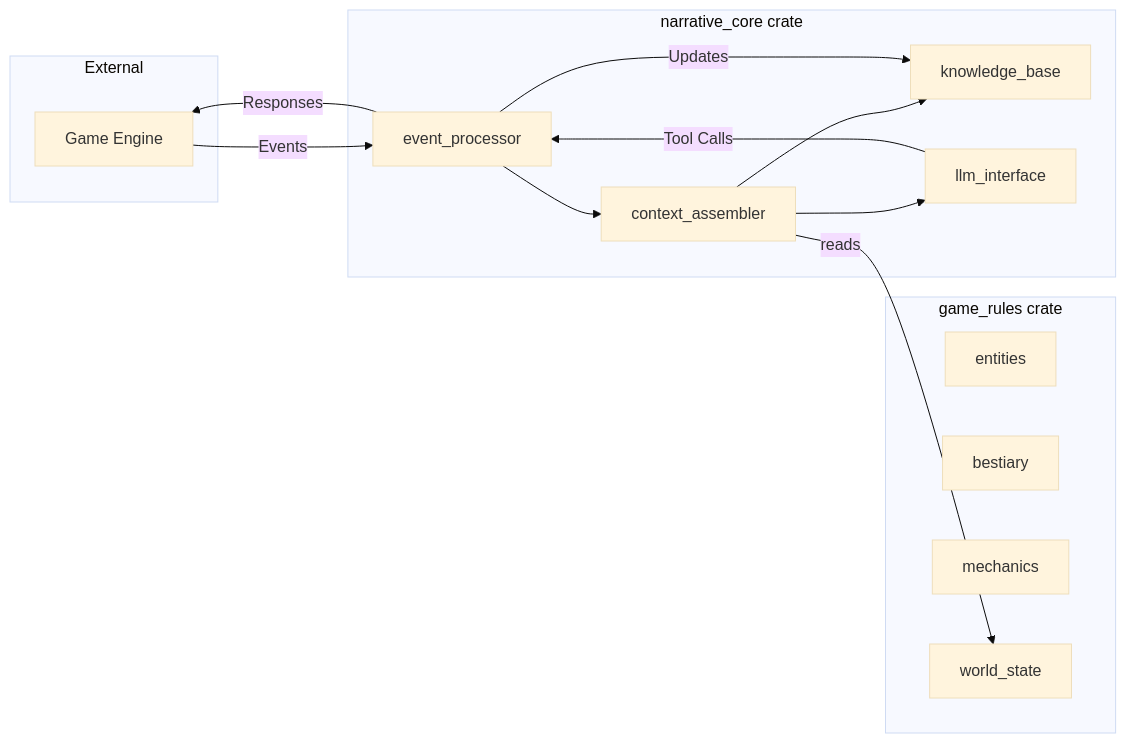
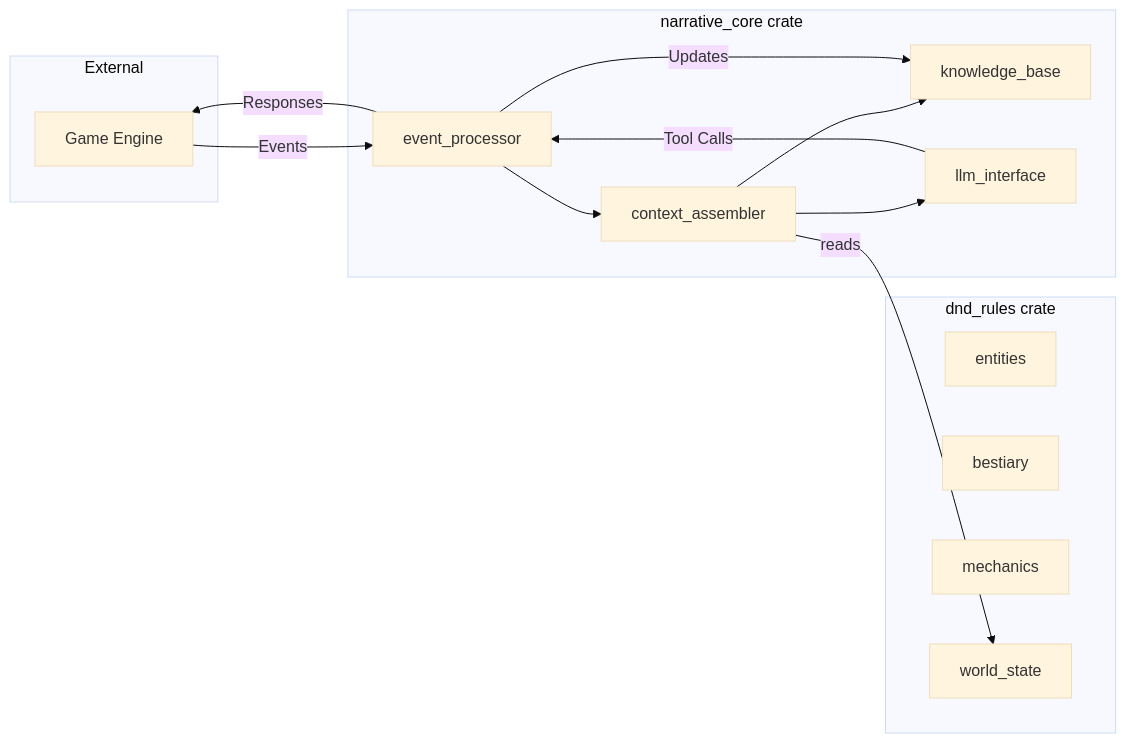
The second of 9 diagrams in ARCHITECTURE.md (konard/uselessgoddess-cortex), drawn with Mermaid (base theme) before and after one commit. The commit also changed other lines of this file and 18 other files, not shown here.

First line of the commit message:
Remove code implementation, focus on architectural planning

````diff
--- a/ARCHITECTURE.md
+++ b/ARCHITECTURE.md
@@ -124,31 +138,31 @@
 ```mermaid
 graph LR
     subgraph External
         ENGINE[Game Engine]
     end
 
-    subgraph "game_rules crate"
+    subgraph "dnd_rules crate"
         ENTITIES[entities]
         BESTIARY[bestiary]
         MECHANICS[mechanics]
         WORLD[world_state]
     end
 
     subgraph "narrative_core crate"
         KB[knowledge_base]
         CA[context_assembler]
         LLM[llm_interface]
         EP[event_processor]
     end
 
     ENGINE -->|Events| EP
     EP -->|Responses| ENGINE
 
     EP --> CA
     CA --> KB
     CA --> LLM
     CA -->|reads| WORLD
 
     LLM -->|Tool Calls| EP
     EP -->|Updates| KB
 ```
````
